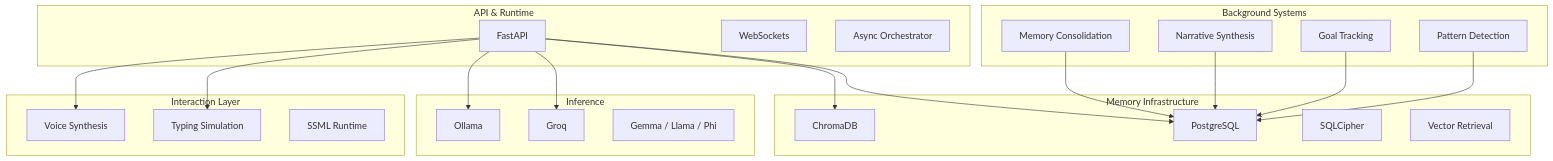
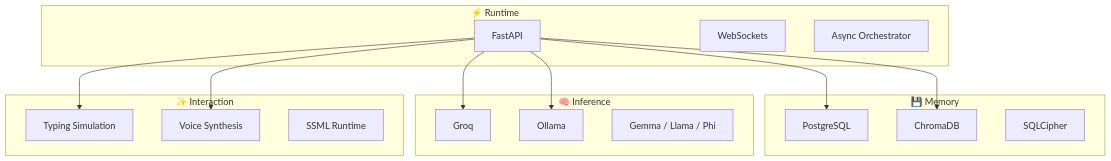
The second of 2 diagrams in README.md (varunaditya27/nova-ai), drawn with Mermaid before and after one commit. The commit also changed other lines of this file, not shown here.

````diff
--- a/README.md
+++ b/README.md
@@ -716,48 +400,34 @@
 ```mermaid
 graph TB
 
-    subgraph API ["API & Runtime"]
+    subgraph API ["⚡ Runtime"]
         A1["FastAPI"]
         A2["WebSockets"]
         A3["Async Orchestrator"]
     end
 
-    subgraph MEMORY ["Memory Infrastructure"]
+    subgraph MEMORY ["💾 Memory"]
         M1["PostgreSQL"]
         M2["ChromaDB"]
         M3["SQLCipher"]
-        M4["Vector Retrieval"]
     end
 
-    subgraph INFERENCE ["Inference"]
+    subgraph INFERENCE ["🧠 Inference"]
         I1["Groq"]
         I2["Ollama"]
         I3["Gemma / Llama / Phi"]
     end
 
-    subgraph BACKGROUND ["Background Systems"]
-        B1["Memory Consolidation"]
-        B2["Narrative Synthesis"]
-        B3["Goal Tracking"]
-        B4["Pattern Detection"]
-    end
-
-    subgraph DELIVERY ["Interaction Layer"]
+    subgraph DELIVERY ["✨ Interaction"]
         D1["Typing Simulation"]
         D2["Voice Synthesis"]
         D3["SSML Runtime"]
     end
 
     A1 --> M1
     A1 --> M2
     A1 --> I1
     A1 --> I2
-
-    B1 --> M1
-    B2 --> M1
-    B3 --> M1
-    B4 --> M1
-
     A1 --> D1
     A1 --> D2
 ```
````
